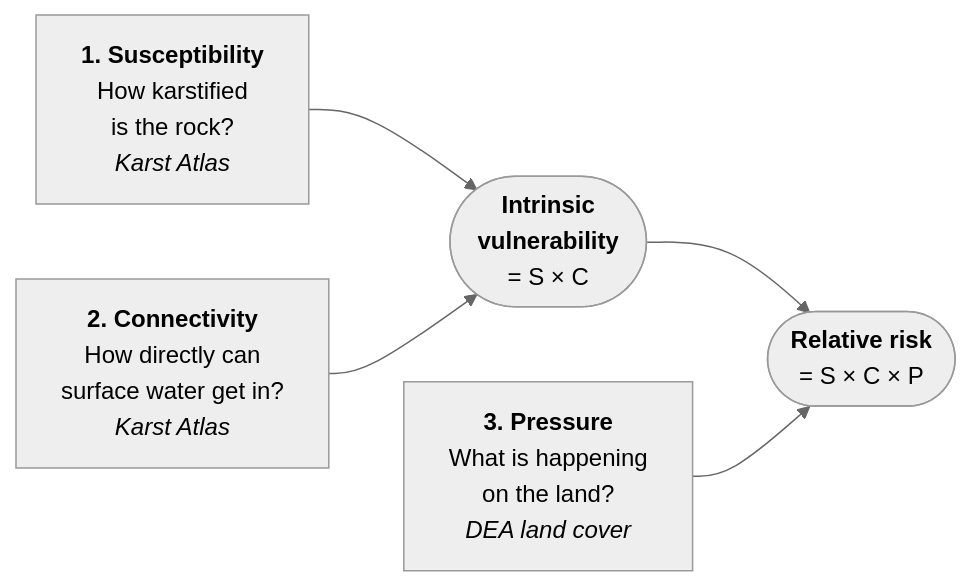
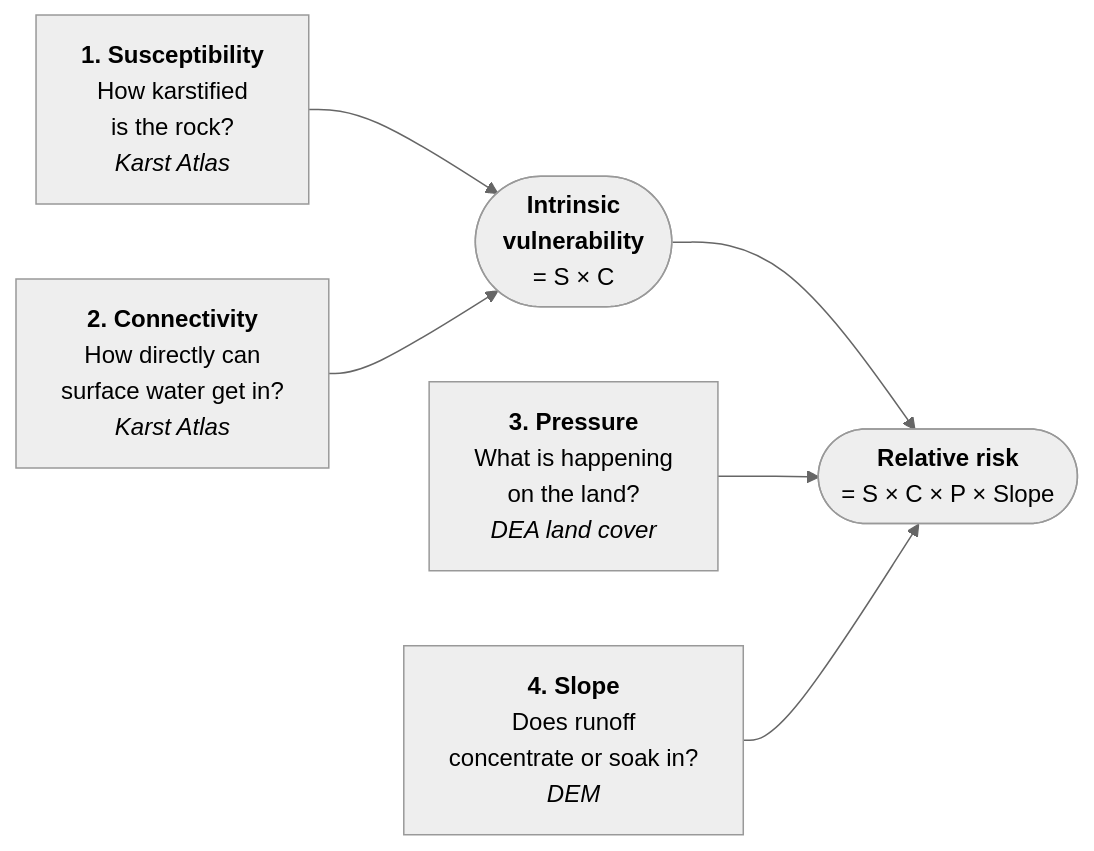
One commit to University-of-Tasmania-GPSS/AT3_Group3_2026 changed the diagram in methods.md. Above: the diagram before and after it, drawn with Mermaid (neutral theme). The commit also changed other lines of this file and 29 other files, not shown here.

First line of the commit message:
Fold slope into the frozen risk equation (R = S x C x P x Slope)

````diff
--- a/methods.md
+++ b/methods.md
@@ -9,8 +9,9 @@
 ```{mermaid}
 flowchart LR
     A["<b>1. Susceptibility</b><br/>How karstified<br/>is the rock?<br/><i>Karst Atlas</i>"] --> I
     B["<b>2. Connectivity</b><br/>How directly can<br/>surface water get in?<br/><i>Karst Atlas</i>"] --> I
     I(["<b>Intrinsic<br/>vulnerability</b><br/>= S × C"]) --> R
     C["<b>3. Pressure</b><br/>What is happening<br/>on the land?<br/><i>DEA land cover</i>"] --> R
-    R(["<b>Relative risk</b><br/>= S × C × P"])
+    D["<b>4. Slope</b><br/>Does runoff<br/>concentrate or soak in?<br/><i>DEM</i>"] --> R
+    R(["<b>Relative risk</b><br/>= S × C × P × Slope"])
 ```
````
